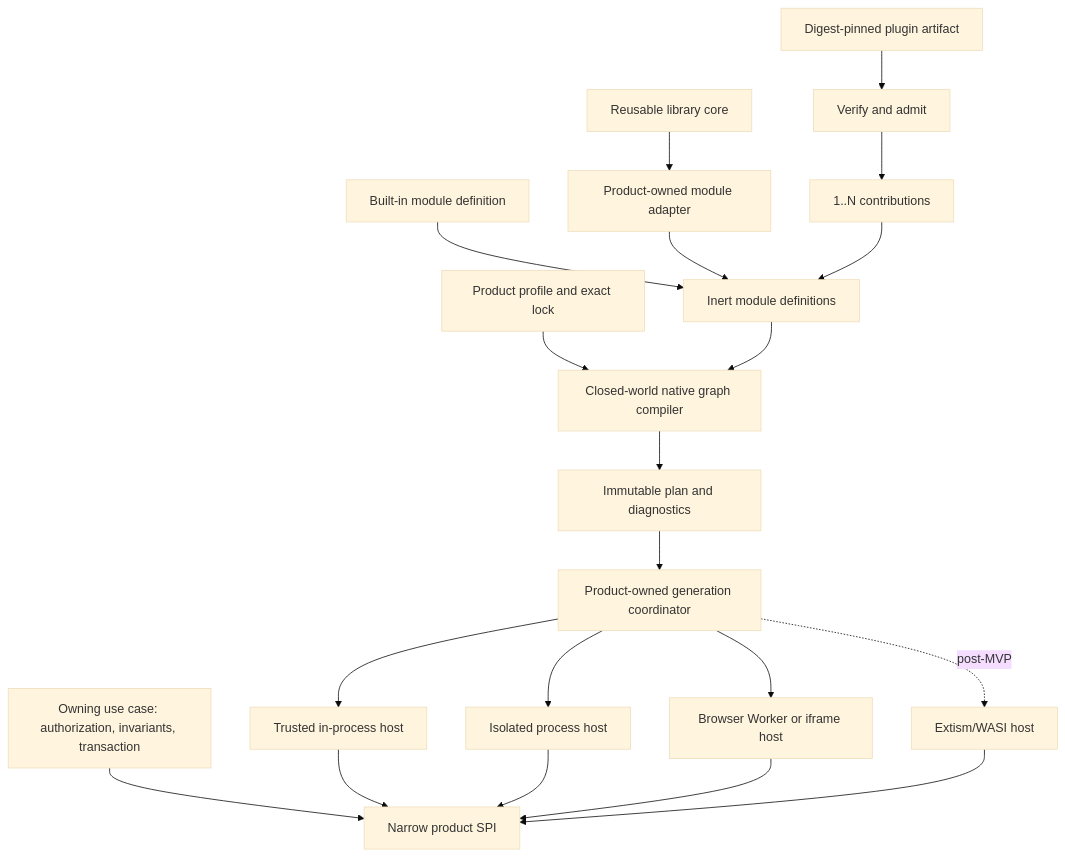
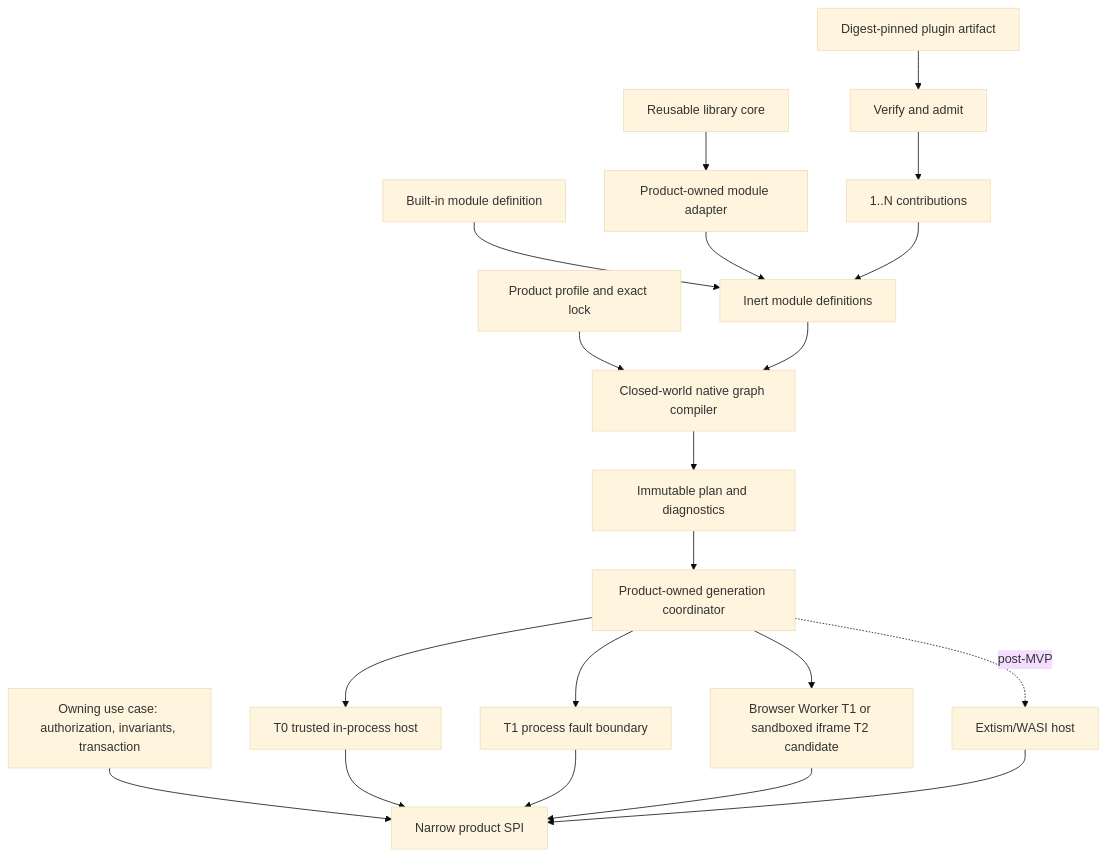
The diagram in docs/qualification/universal-module-extension-system/final-recommendation.md (agent-teams-ai/extension-foundation), drawn with Mermaid (base theme) before and after one commit. The commit also changed other lines of this file and 24 other files, not shown here.

````diff
--- a/docs/qualification/universal-module-extension-system/final-recommendation.md
+++ b/docs/qualification/universal-module-extension-system/final-recommendation.md
@@ -23,26 +23,26 @@
 ```mermaid
 flowchart TB
     Library["Reusable library core"] --> Adapter["Product-owned module adapter"]
     BuiltIn["Built-in module definition"] --> Definitions["Inert module definitions"]
     Adapter --> Definitions
 
     Artifact["Digest-pinned plugin artifact"] --> Verify["Verify and admit"]
     Verify --> Contributions["1..N contributions"]
     Contributions --> Definitions
 
     Profile["Product profile and exact lock"] --> Compiler["Closed-world native graph compiler"]
     Definitions --> Compiler
     Compiler --> Plan["Immutable plan and diagnostics"]
     Plan --> Lifecycle["Product-owned generation coordinator"]
 
-    Lifecycle --> Trusted["Trusted in-process host"]
-    Lifecycle --> Process["Isolated process host"]
-    Lifecycle --> Browser["Browser Worker or iframe host"]
+    Lifecycle --> Trusted["T0 trusted in-process host"]
+    Lifecycle --> Process["T1 process fault boundary"]
+    Lifecycle --> Browser["Browser Worker T1 or sandboxed iframe T2 candidate"]
     Lifecycle -. post-MVP .-> Wasm["Extism/WASI host"]
 
     Product["Owning use case: authorization, invariants, transaction"] --> SPI["Narrow product SPI"]
     Trusted --> SPI
     Process --> SPI
     Browser --> SPI
     Wasm --> SPI
 ```
````
